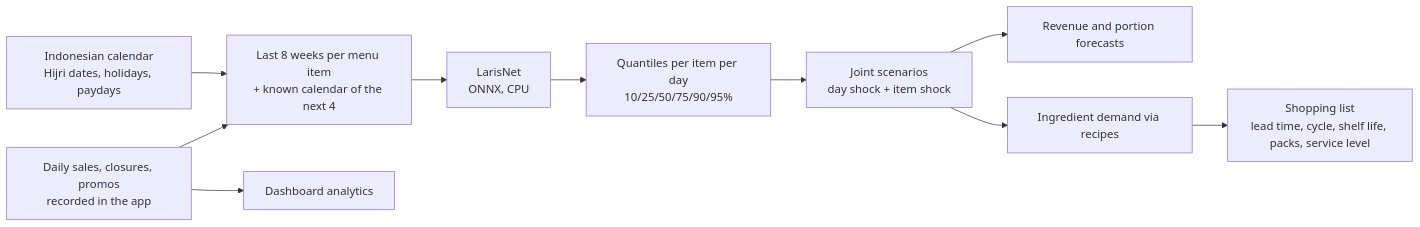
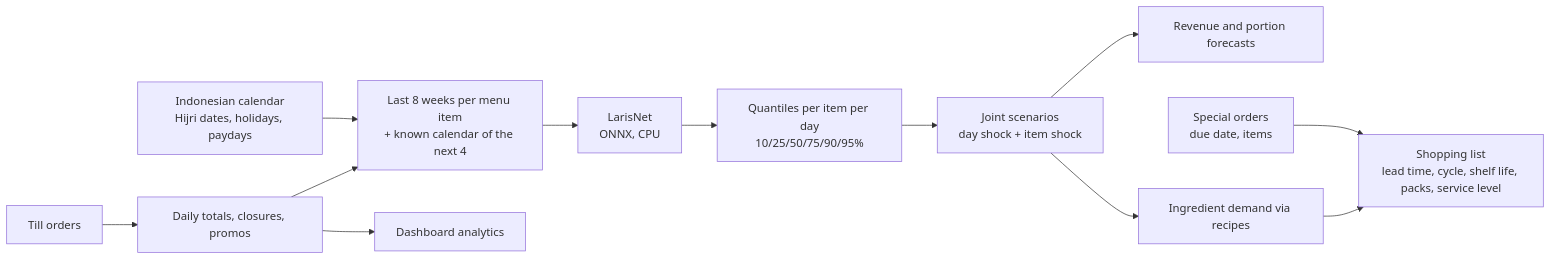
The diagram in README.md (Epinnn14/laris), drawn with Mermaid before and after one commit. The commit also changed other lines of this file and 9 other files, not shown here.

Commit message:
README: download link, till, kiosks, new screenshots and diagram

````diff
--- a/README.md
+++ b/README.md
@@ -64,12 +74,14 @@
 ```mermaid
 flowchart LR
-  R[Daily sales, closures, promos<br/>recorded in the app] --> W[Last 8 weeks per menu item<br/>+ known calendar of the next 4]
+  K[Till orders] --> R
+  R[Daily totals, closures, promos] --> W[Last 8 weeks per menu item<br/>+ known calendar of the next 4]
   C[Indonesian calendar<br/>Hijri dates, holidays, paydays] --> W
   W --> M[LarisNet<br/>ONNX, CPU]
   M --> Q[Quantiles per item per day<br/>10/25/50/75/90/95%]
   Q --> S[Joint scenarios<br/>day shock + item shock]
   S --> T[Revenue and portion forecasts]
   S --> P[Ingredient demand via recipes]
   P --> B[Shopping list<br/>lead time, cycle, shelf life, packs, service level]
+  O[Special orders<br/>due date, items] --> B
   R --> A[Dashboard analytics]
 ```
````
